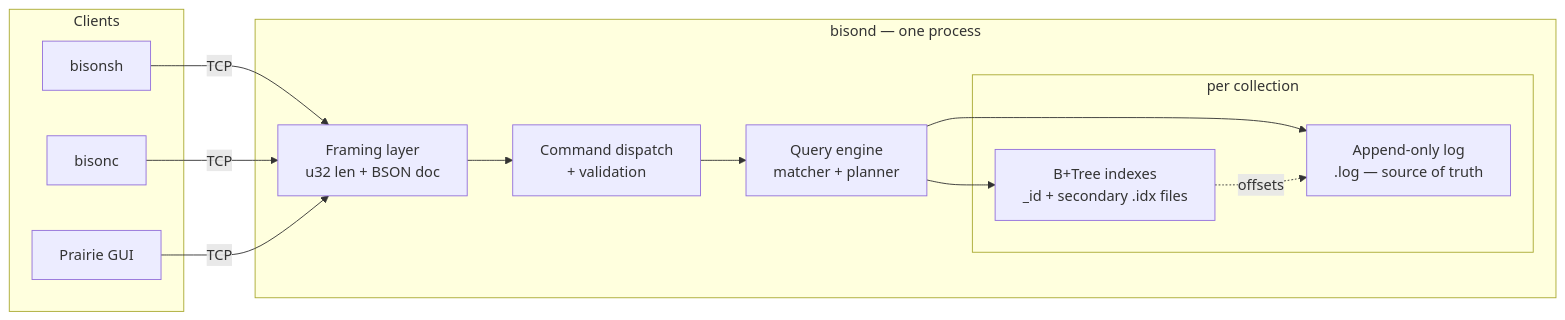
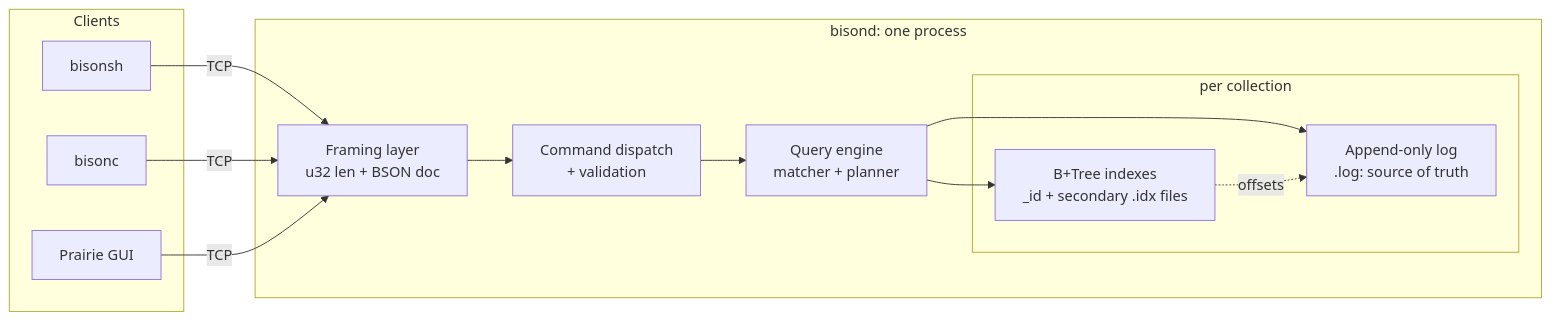
The diagram in architecture/overview.md (Abdullah-Masood-05/bisondb-site), drawn with Mermaid before and after one commit. The commit also changed other lines of this file and 22 other files, not shown here.

````diff
--- a/architecture/overview.md
+++ b/architecture/overview.md
@@ -7,24 +7,24 @@
 ```mermaid
 flowchart LR
     subgraph clients [Clients]
         SH[bisonsh]
         BC[bisonc]
         PR[Prairie GUI]
     end
-    subgraph server [bisond — one process]
+    subgraph server [bisond: one process]
         PROTO[Framing layer<br/>u32 len + BSON doc]
         DISP[Command dispatch<br/>+ validation]
         QE[Query engine<br/>matcher + planner]
         subgraph collection [per collection]
             IDX[B+Tree indexes<br/>_id + secondary .idx files]
-            LOG[Append-only log<br/>.log — source of truth]
+            LOG[Append-only log<br/>.log: source of truth]
         end
     end
     SH -->|TCP| PROTO
     BC -->|TCP| PROTO
     PR -->|TCP| PROTO
     PROTO --> DISP --> QE
     QE --> IDX
     QE --> LOG
     IDX -.->|offsets| LOG
 ```
````
